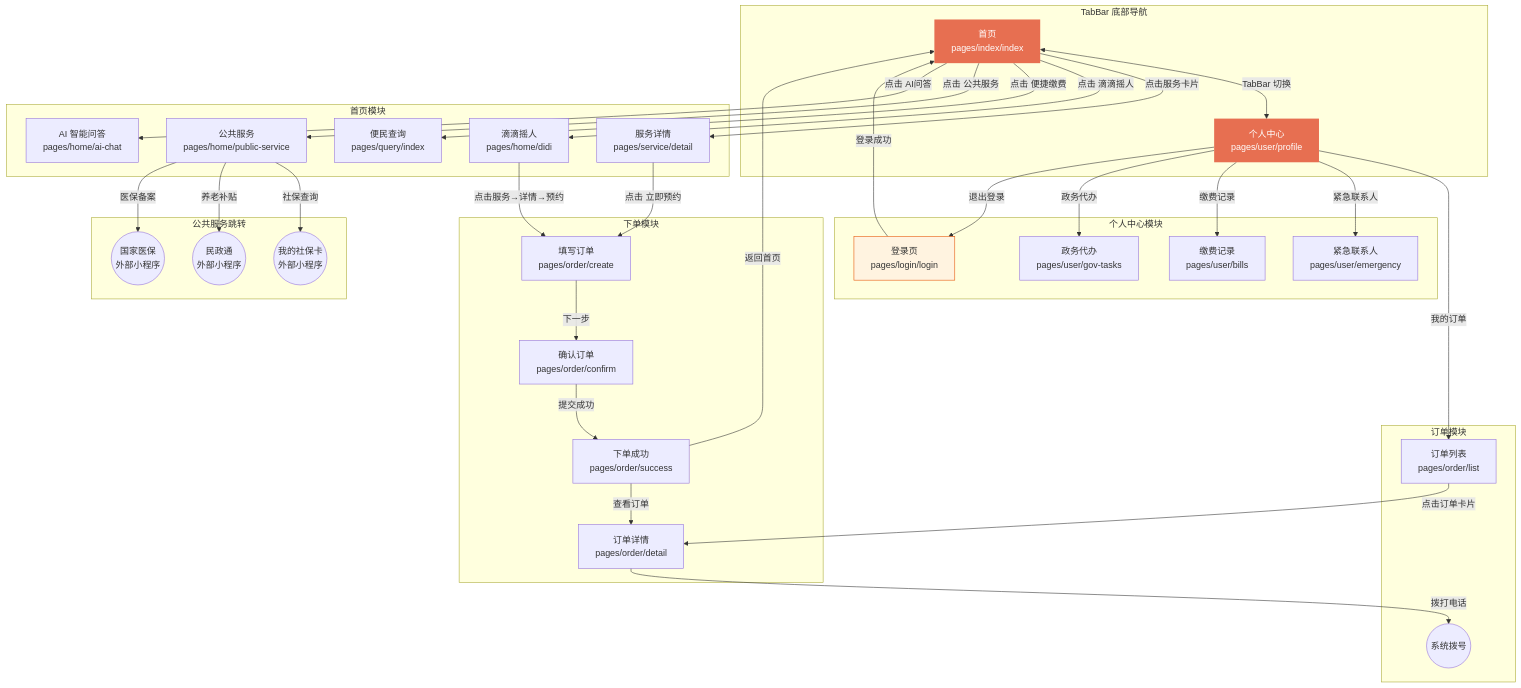
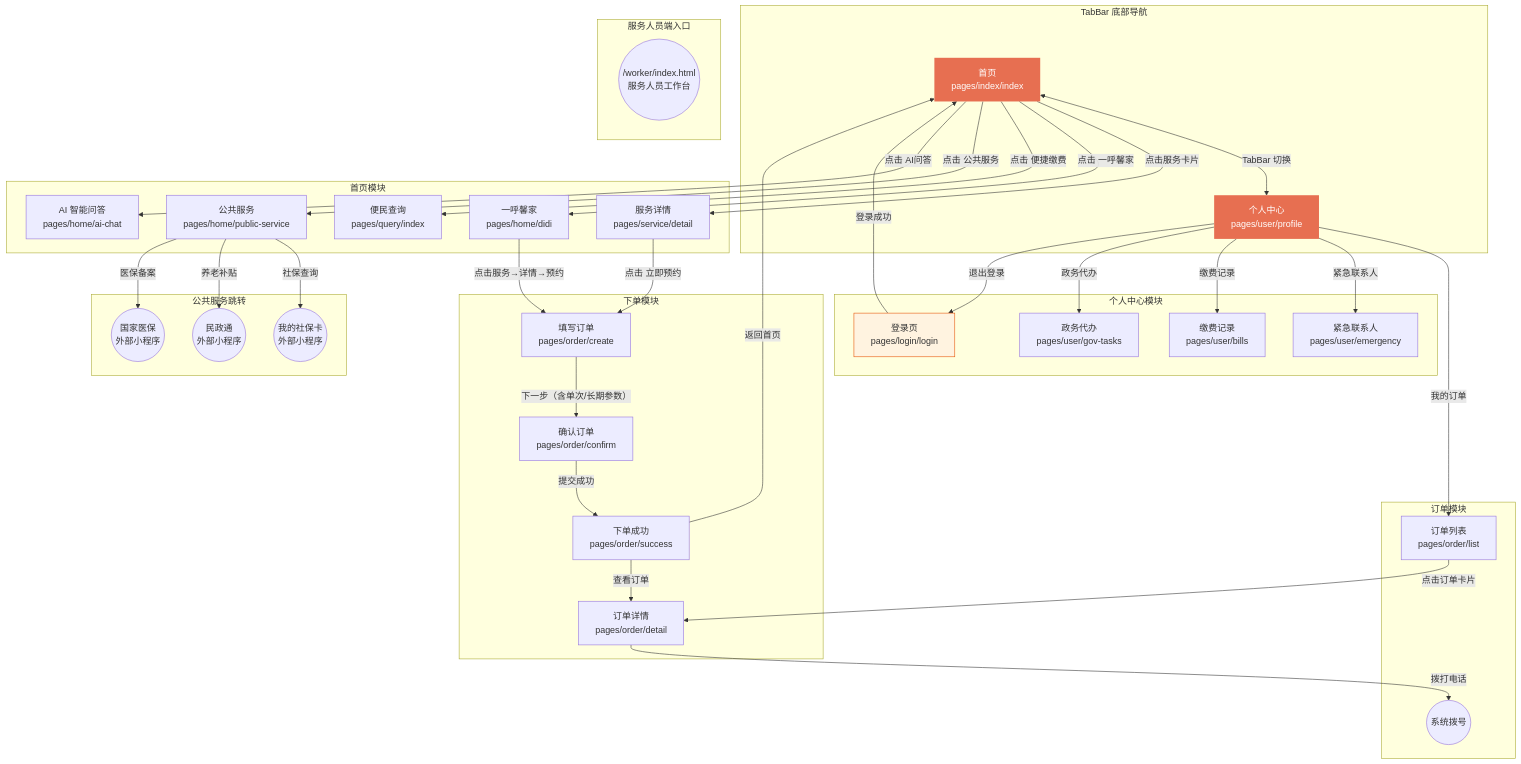
One commit to SeptThirteen/WeChat-Mini-Program changed the diagram in md/diagrams/06-页面跳转流程图.md. Above: the diagram before and after it, drawn with Mermaid. The commit also changed 151 other files, not shown here.

````diff
--- a/md/diagrams/06-页面跳转流程图.md
+++ b/md/diagrams/06-页面跳转流程图.md
@@ -3,52 +3,56 @@
 ```mermaid
 flowchart TD
     subgraph TabBar["TabBar 底部导航"]
         INDEX["首页<br/>pages/index/index"]
         PROFILE["个人中心<br/>pages/user/profile"]
     end
 
     INDEX <-->|TabBar 切换| PROFILE
 
     subgraph 首页模块
         INDEX -->|点击服务卡片| SVC_DETAIL["服务详情<br/>pages/service/detail"]
-        INDEX -->|点击 滴滴摇人| DIDI["滴滴摇人<br/>pages/home/didi"]
+        INDEX -->|点击 一呼馨家| DIDI["一呼馨家<br/>pages/home/didi"]
         INDEX -->|点击 便捷缴费| QUERY["便民查询<br/>pages/query/index"]
         INDEX -->|点击 公共服务| PUBLIC["公共服务<br/>pages/home/public-service"]
         INDEX -->|点击 AI问答| AI_CHAT["AI 智能问答<br/>pages/home/ai-chat"]
     end
 
     subgraph 下单模块
         SVC_DETAIL -->|点击 立即预约| ORDER_CREATE["填写订单<br/>pages/order/create"]
         DIDI -->|点击服务→详情→预约| ORDER_CREATE
-        ORDER_CREATE -->|下一步| ORDER_CONFIRM["确认订单<br/>pages/order/confirm"]
+        ORDER_CREATE -->|下一步（含单次/长期参数）| ORDER_CONFIRM["确认订单<br/>pages/order/confirm"]
         ORDER_CONFIRM -->|提交成功| ORDER_SUCCESS["下单成功<br/>pages/order/success"]
         ORDER_SUCCESS -->|查看订单| ORDER_DETAIL
         ORDER_SUCCESS -->|返回首页| INDEX
     end
 
     subgraph 订单模块
         PROFILE -->|我的订单| ORDER_LIST["订单列表<br/>pages/order/list"]
         ORDER_LIST -->|点击订单卡片| ORDER_DETAIL["订单详情<br/>pages/order/detail"]
         ORDER_DETAIL -->|拨打电话| PHONE_CALL((系统拨号))
     end
 
     subgraph 个人中心模块
         PROFILE -->|紧急联系人| EMERGENCY["紧急联系人<br/>pages/user/emergency"]
         PROFILE -->|缴费记录| BILLS["缴费记录<br/>pages/user/bills"]
         PROFILE -->|政务代办| GOV["政务代办<br/>pages/user/gov-tasks"]
         PROFILE -->|退出登录| LOGIN
     end
 
     subgraph 公共服务跳转
         PUBLIC -->|社保查询| EXT_SB((我的社保卡<br/>外部小程序))
         PUBLIC -->|养老补贴| EXT_MZ((民政通<br/>外部小程序))
         PUBLIC -->|医保备案| EXT_YB((国家医保<br/>外部小程序))
     end
 
+    subgraph 服务人员端入口
+        WORKER_WEB((/worker/index.html<br/>服务人员工作台))
+    end
+
     LOGIN["登录页<br/>pages/login/login"]
     LOGIN -->|登录成功| INDEX
 
     style INDEX fill:#e76f51,color:#fff,stroke:none
     style PROFILE fill:#e76f51,color:#fff,stroke:none
     style LOGIN fill:#fff3e0,stroke:#e65100
 ```
````
